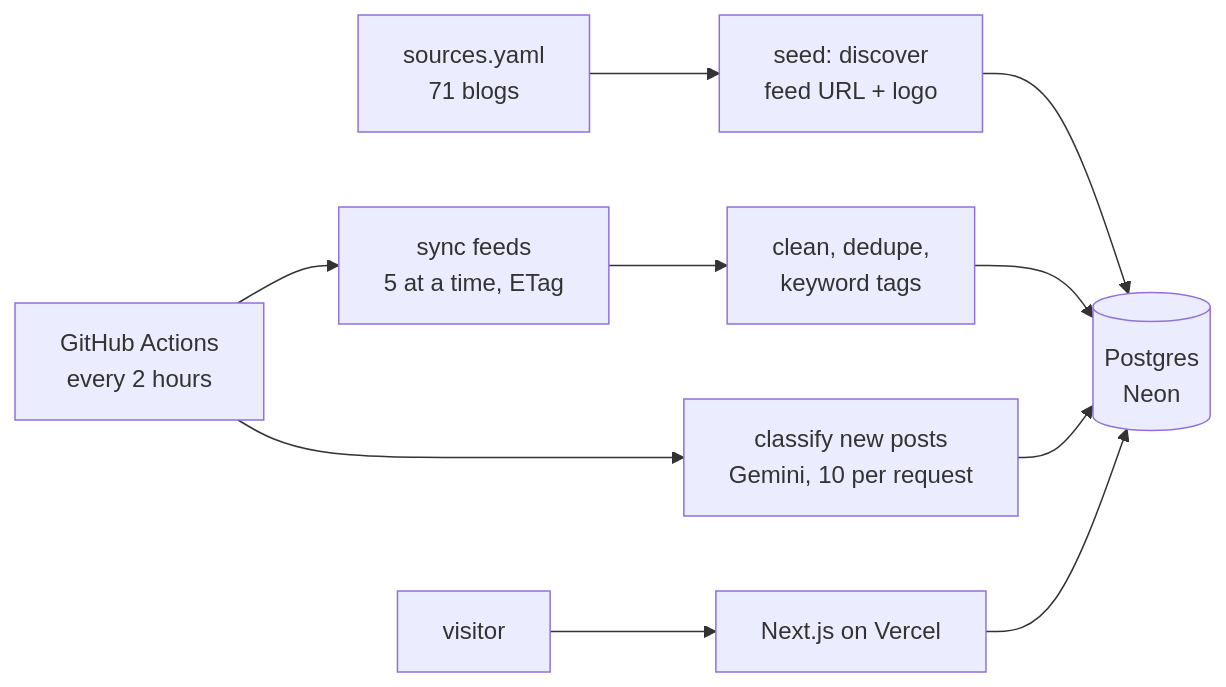
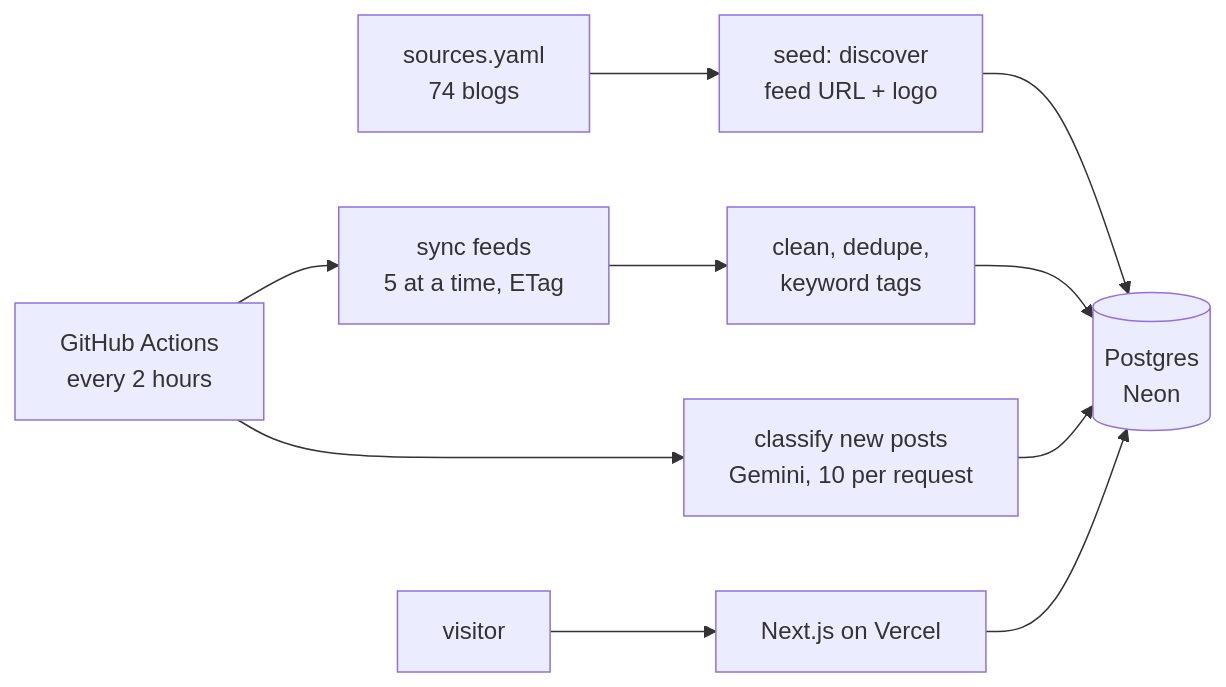
One commit to DecodeDebangi/engfeed changed the diagram in README.md. Above: the diagram before and after it, drawn with Mermaid. The commit also changed other lines of this file and 1 other file, not shown here.

````diff
--- a/README.md
+++ b/README.md
@@ -15,12 +15,12 @@
 ```mermaid
 flowchart LR
-  Y[sources.yaml<br/>71 blogs] --> SD[seed: discover<br/>feed URL + logo]
+  Y[sources.yaml<br/>74 blogs] --> SD[seed: discover<br/>feed URL + logo]
   SD --> DB[(Postgres<br/>Neon)]
   GA[GitHub Actions<br/>every 2 hours] --> SY[sync feeds<br/>5 at a time, ETag]
   SY --> CL[clean, dedupe,<br/>keyword tags]
   CL --> DB
   GA --> LLM[classify new posts<br/>Gemini, 10 per request]
   LLM --> DB
   U[visitor] --> V[Next.js on Vercel]
   V --> DB
 ```
````
